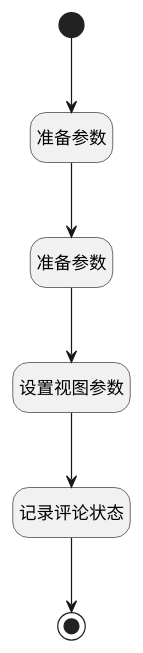
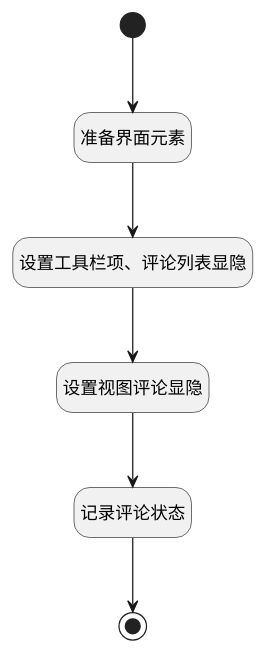
The diagram in doc/docsify/module/Wiki/article_page/uilogic/show_commnet.md (iBizLab/plm), drawn with PlantUML before and after one commit. The commit also changed other lines of this file and 618 other files, not shown here.

````diff
--- a/doc/docsify/module/Wiki/article_page/uilogic/show_commnet.md
+++ b/doc/docsify/module/Wiki/article_page/uilogic/show_commnet.md
@@ -7,27 +7,27 @@
 ```plantuml
 @startuml
 hide footbox
 <style>
 root {
   HyperlinkColor #42b983
 }
 </style>
 
 hide empty description
 state "开始" as Begin <<start>> [[$./show_commnet#begin {开始}]]
+state "结束" as END1 <<end>> [[$./show_commnet#end1 {结束}]]
+state "设置视图评论显隐" as PREPAREJSPARAM3  [[$./show_commnet#preparejsparam3 {设置视图评论显隐}]]
+state "准备界面元素" as PREPAREJSPARAM1  [[$./show_commnet#preparejsparam1 {准备界面元素}]]
 state "记录评论状态" as RAWJSCODE1  [[$./show_commnet#rawjscode1 {记录评论状态}]]
-state "准备参数" as PREPAREJSPARAM1  [[$./show_commnet#preparejsparam1 {准备参数}]]
-state "结束" as END1 <<end>> [[$./show_commnet#end1 {结束}]]
-state "设置视图参数" as PREPAREJSPARAM3  [[$./show_commnet#preparejsparam3 {设置视图参数}]]
-state "准备参数" as PREPAREJSPARAM2  [[$./show_commnet#preparejsparam2 {准备参数}]]
+state "设置工具栏项、评论列表显隐" as PREPAREJSPARAM2  [[$./show_commnet#preparejsparam2 {设置工具栏项、评论列表显隐}]]
 
 
 Begin --> PREPAREJSPARAM1
 PREPAREJSPARAM1 --> PREPAREJSPARAM2
 PREPAREJSPARAM2 --> PREPAREJSPARAM3
 PREPAREJSPARAM3 --> RAWJSCODE1
 RAWJSCODE1 --> END1
 
 
 @enduml
 ```
````
